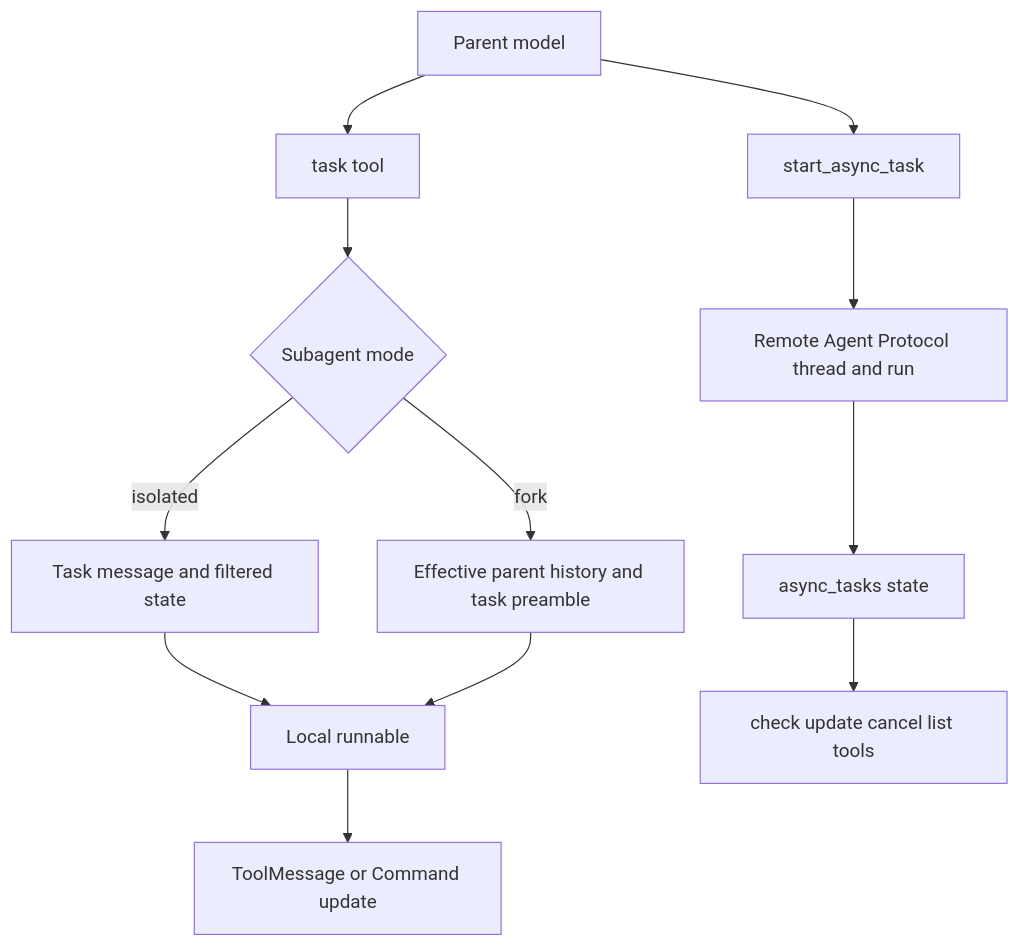
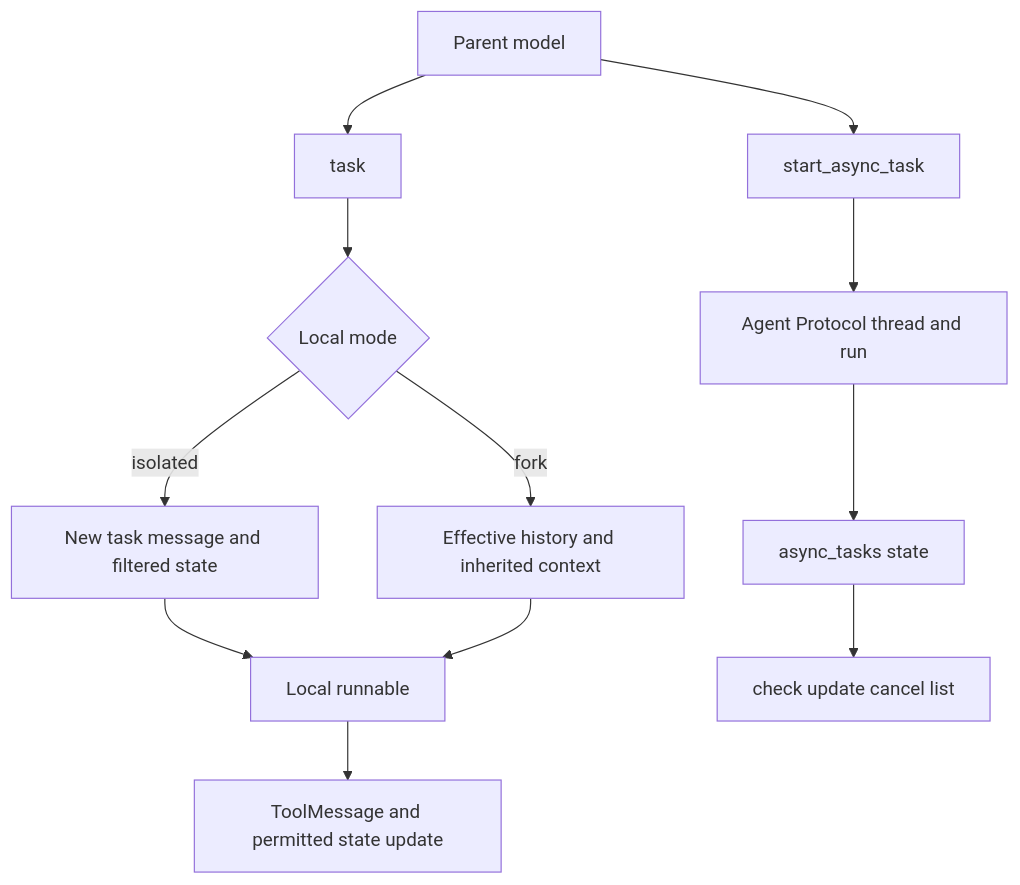
One commit to langchain-ai/deepagents changed the first of 2 diagrams in openwiki/concepts/subagents-skills.md. Above: the diagram before and after it, drawn with Mermaid. The commit also changed other lines of this file and 47 other files, not shown here.

````diff
--- a/openwiki/concepts/subagents-skills.md
+++ b/openwiki/concepts/subagents-skills.md
@@ -39,14 +41,14 @@
 ```mermaid
 flowchart TD
-    Parent["Parent model"] --> Task["task tool"]
-    Task --> Mode{"Subagent mode"}
-    Mode -->|"isolated"| Fresh["Task message and filtered state"]
-    Mode -->|"fork"| History["Effective parent history and task preamble"]
-    Fresh --> Local["Local runnable"]
-    History --> Local
-    Local --> Result["ToolMessage or Command update"]
+    Parent["Parent model"] --> Task["task"]
+    Task --> Branch{"Local mode"}
+    Branch -->|"isolated"| Isolated["New task message and filtered state"]
+    Branch -->|"fork"| Fork["Effective history and inherited context"]
+    Isolated --> Local["Local runnable"]
+    Fork --> Local
+    Local --> Return["ToolMessage and permitted state update"]
     Parent --> Start["start_async_task"]
-    Start --> Remote["Remote Agent Protocol thread and run"]
-    Remote --> Record["async_tasks state"]
-    Record --> Manage["check update cancel list tools"]
+    Start --> Remote["Agent Protocol thread and run"]
+    Remote --> Tasks["async_tasks state"]
+    Tasks --> Manage["check update cancel list"]
 ```
````
